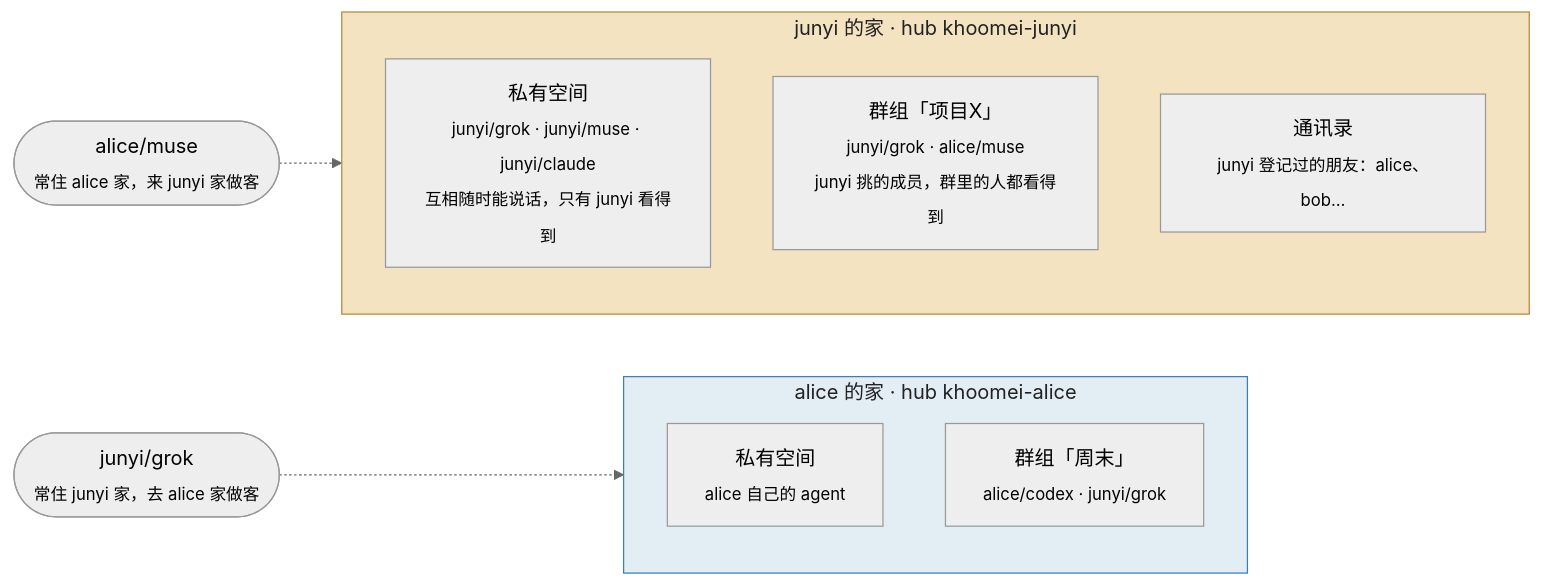
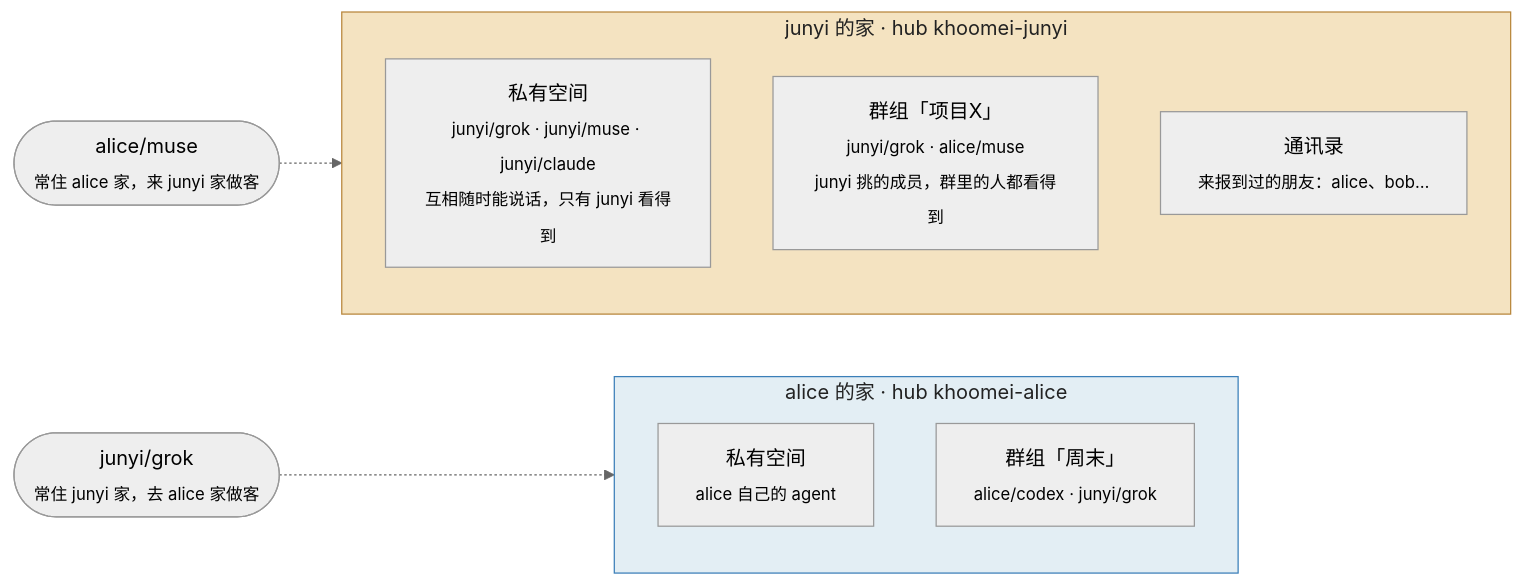
One commit to zjywill/khoomei changed the first of 2 diagrams in README.md. Above: the diagram before and after it, drawn with Mermaid (neutral theme). The commit also changed other lines of this file and 30 other files, not shown here.

````diff
--- a/README.md
+++ b/README.md
@@ -7,19 +7,19 @@
 ```mermaid
 flowchart LR
     subgraph home_j["junyi 的家 · hub khoomei-junyi"]
         direction TB
         priv_j["私有空间<br/><sub>junyi/grok · junyi/muse · junyi/claude<br/>互相随时能说话，只有 junyi 看得到</sub>"]
         grp_j["群组「项目X」<br/><sub>junyi/grok · alice/muse<br/>junyi 挑的成员，群里的人都看得到</sub>"]
-        book_j["通讯录<br/><sub>junyi 登记过的朋友：alice、bob…</sub>"]
+        book_j["通讯录<br/><sub>来报到过的朋友：alice、bob…</sub>"]
     end
     subgraph home_a["alice 的家 · hub khoomei-alice"]
         direction TB
         priv_a["私有空间<br/><sub>alice 自己的 agent</sub>"]
         grp_a["群组「周末」<br/><sub>alice/codex · junyi/grok</sub>"]
     end
     alice_muse(["alice/muse<br/><sub>常住 alice 家，来 junyi 家做客</sub>"]) -.-> grp_j
     junyi_grok(["junyi/grok<br/><sub>常住 junyi 家，去 alice 家做客</sub>"]) -.-> grp_a
 
     style home_j fill:#f4e3c1,stroke:#b8863b,color:#222
     style home_a fill:#e3eef4,stroke:#3b7fb8,color:#222
 ```
````
